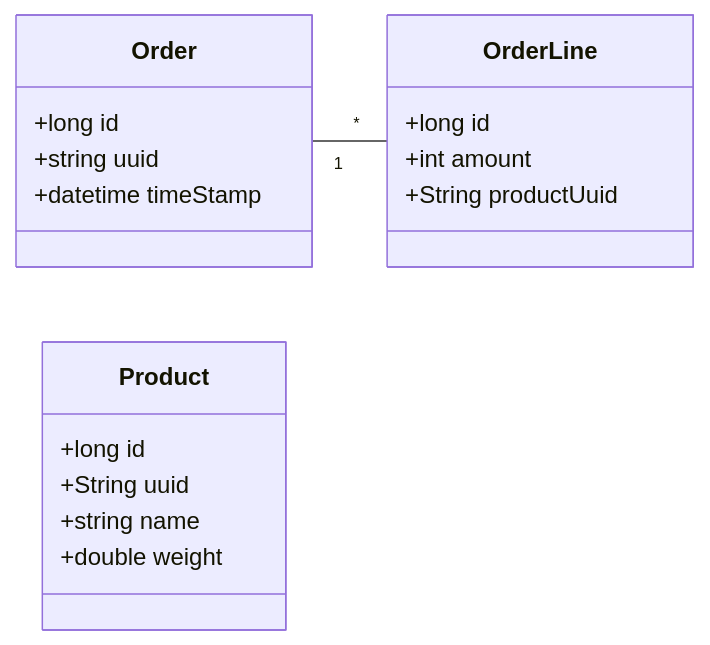
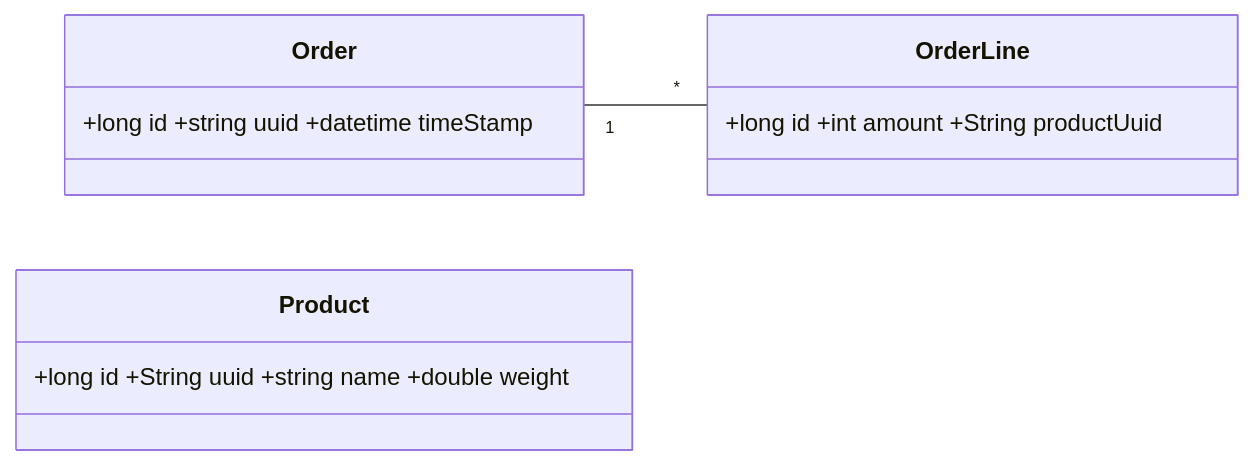
One commit to nbicocchi/learn-microservices changed the second of 6 diagrams in modules/communication-sync/slides/1 - Communication styles.md. Above: the diagram before and after it, drawn with Mermaid. The commit also changed other lines of this file and 4 other files, not shown here.

````diff
--- a/modules/communication-sync/slides/1 - Communication styles.md
+++ b/modules/communication-sync/slides/1 - Communication styles.md
@@ -36,24 +27,9 @@
 ```mermaid
 classDiagram
 direction LR
-    class Order {
-	    +long id
-	    +string uuid
-	    +datetime timeStamp
-    }
-
-    class OrderLine {
-	    +long id
-        +int amount
-        +String productUuid
-    }
-    
-    class Product {
-	    +long id
-        +String uuid
-	    +string name
-	    +double weight
-    }
+    class Order {+long id +string uuid +datetime timeStamp}
+    class OrderLine {+long id +int amount +String productUuid}
+    class Product {+long id +String uuid +string name +double weight}
 
     Order "1" -- "*" OrderLine
 ```
````
